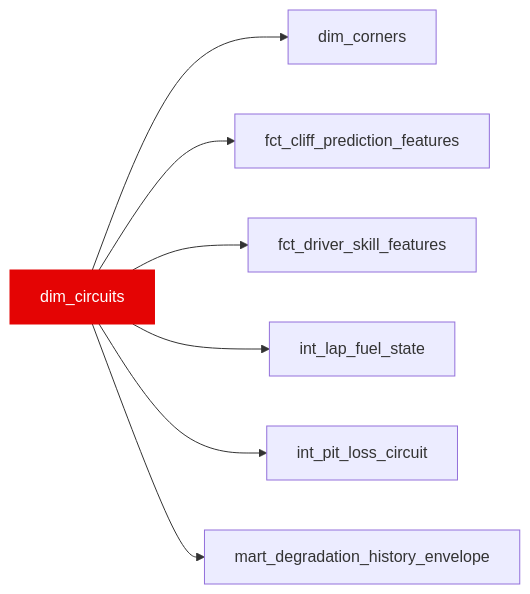
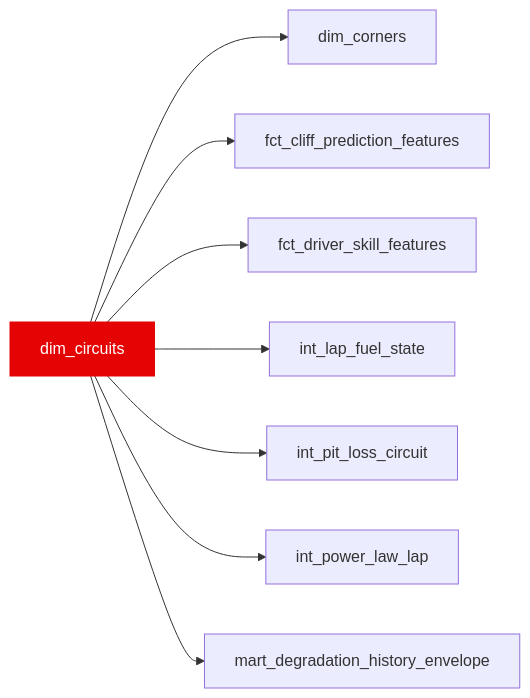
One commit to JustinClarke/off-the-pace changed the diagram in docs/reference/models/dim/dim_circuits.mdx. Above: the diagram before and after it, drawn with Mermaid. The commit also changed other lines of this file and 79 other files, not shown here.

````diff
--- a/docs/reference/models/dim/dim_circuits.mdx
+++ b/docs/reference/models/dim/dim_circuits.mdx
@@ -15,10 +15,11 @@
 ```mermaid
 flowchart LR
   dim_circuits --> dim_corners
   dim_circuits --> fct_cliff_prediction_features
   dim_circuits --> fct_driver_skill_features
   dim_circuits --> int_lap_fuel_state
   dim_circuits --> int_pit_loss_circuit
+  dim_circuits --> int_power_law_lap
   dim_circuits --> mart_degradation_history_envelope
   style dim_circuits fill:#e40404,stroke:#e40404,color:#fff
 ```
````
